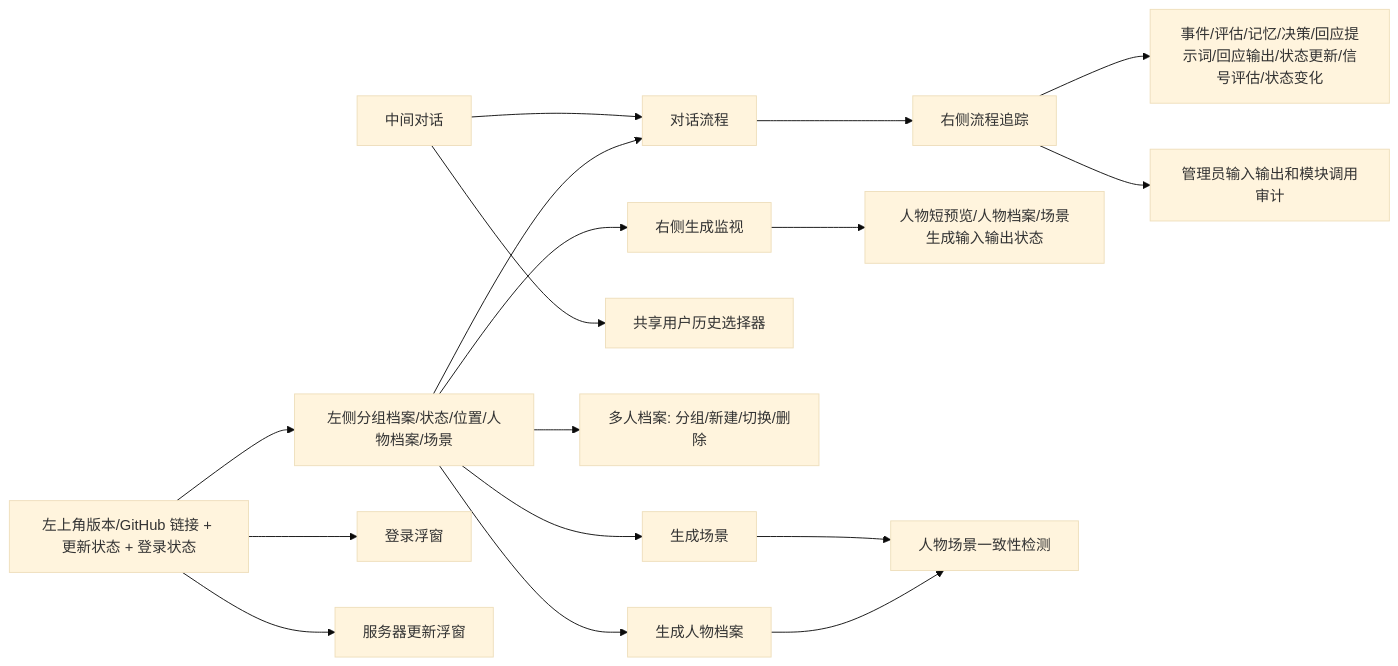
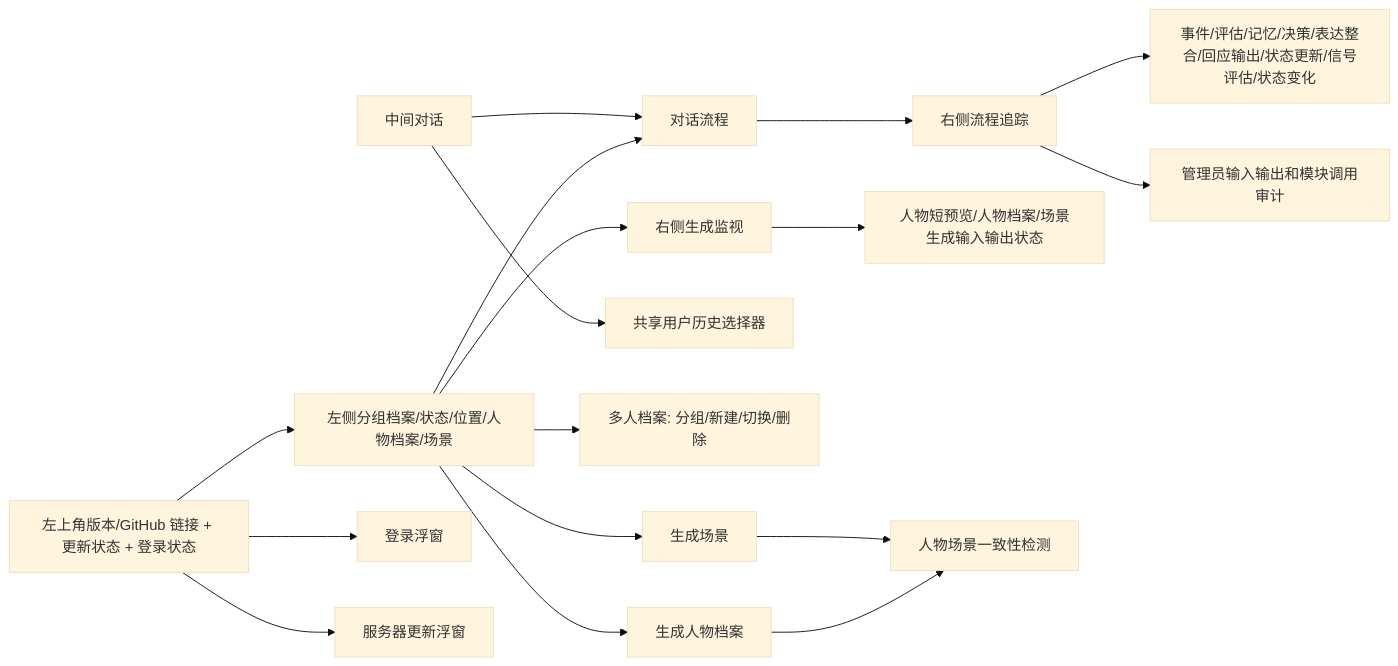
Diagram 31 of 31 in docs/SYSTEM_FLOW.md (ttmanthatman/virtual-human-flow), drawn with Mermaid (base theme) before and after one commit. The commit also changed other lines of this file and 23 other files, not shown here.

````diff
--- a/docs/SYSTEM_FLOW.md
+++ b/docs/SYSTEM_FLOW.md
@@ -776,19 +761,19 @@
 ```mermaid
 flowchart LR
     TOP[左上角版本/GitHub 链接 + 更新状态 + 登录状态] --> LEFT
     LEFT[左侧分组档案/状态/位置/人物档案/场景] --> PIPE[对话流程]
     CHAT[中间对话] --> PIPE
     PIPE --> TRACE[右侧流程追踪]
-    TRACE --> JSON[事件/评估/记忆/决策/回应提示词/回应输出/状态更新/信号评估/状态变化]
+    TRACE --> JSON[事件/评估/记忆/决策/表达整合/回应输出/状态更新/信号评估/状态变化]
     LEFT --> MONITOR[右侧生成监视]
     MONITOR --> GENJSON[人物短预览/人物档案/场景生成输入输出状态]
     TRACE --> AUDIT[管理员输入输出和模块调用审计]
     CHAT --> SHAREDHIST[共享用户历史选择器]
     TOP --> LOGIN[登录浮窗]
     TOP --> UPDATE[服务器更新浮窗]
     LEFT --> DOS[多人档案: 分组/新建/切换/删除]
     LEFT --> GEN1[生成人物档案]
     LEFT --> GEN2[生成场景]
     GEN1 --> FIT[人物场景一致性检测]
     GEN2 --> FIT
 ```
````
